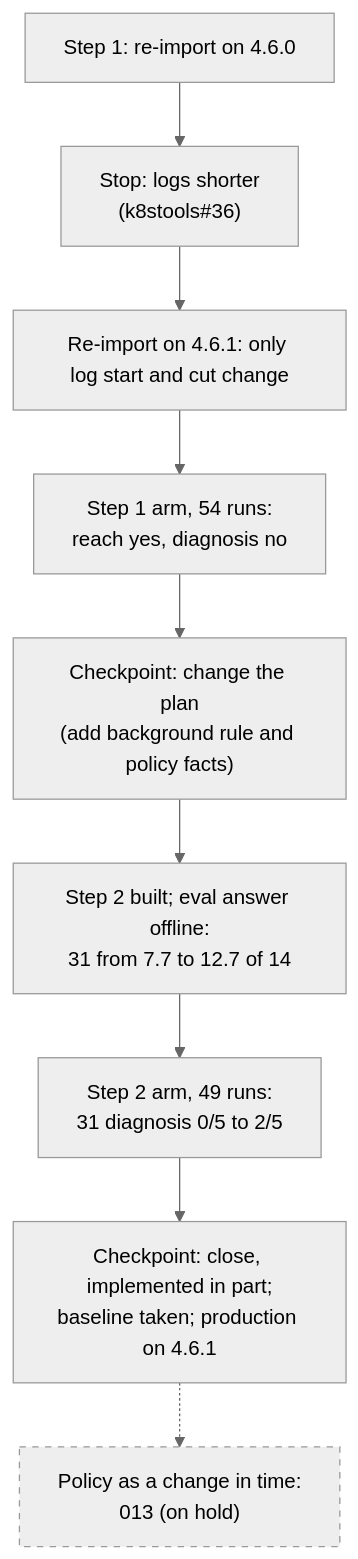
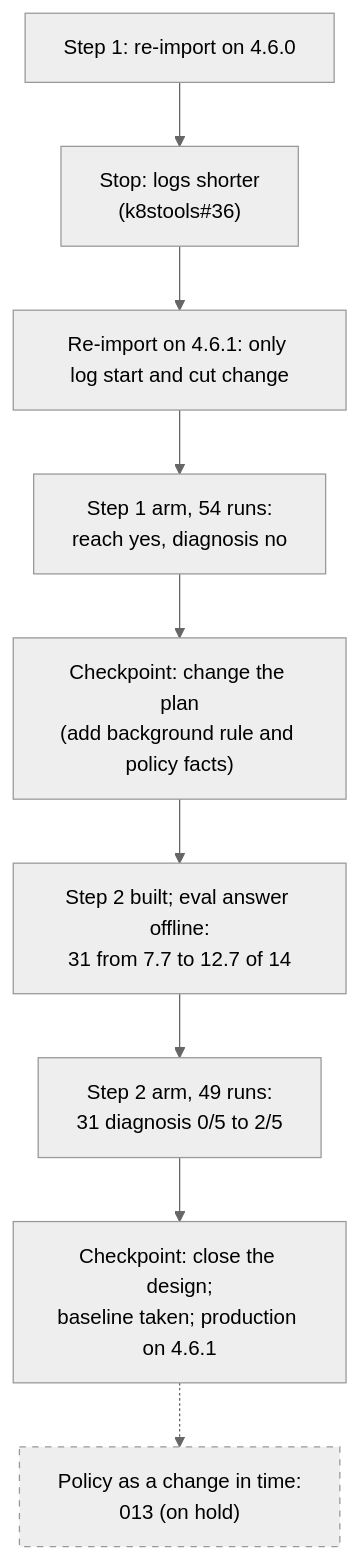
One commit to BenedatLLC/k8srca changed the second of 2 diagrams in designs/012-log-evidence.md. Above: the diagram before and after it, drawn with Mermaid (neutral theme). The commit also changed other lines of this file and 29 other files, not shown here.

````diff
--- a/designs/012-log-evidence.md
+++ b/designs/012-log-evidence.md
@@ -171,12 +180,12 @@
 ```mermaid
 flowchart TD
   A["Step 1: re-import on 4.6.0"] --> B["Stop: logs shorter<br/>(k8stools#36)"]
   B --> C["Re-import on 4.6.1: only log start and cut change"]
   C --> D["Step 1 arm, 54 runs:<br/>reach yes, diagnosis no"]
   D --> E["Checkpoint: change the plan<br/>(add background rule and policy facts)"]
   E --> F["Step 2 built; eval answer offline:<br/>31 from 7.7 to 12.7 of 14"]
   F --> G["Step 2 arm, 49 runs:<br/>31 diagnosis 0/5 to 2/5"]
-  G --> H["Checkpoint: close, implemented in part;<br/>baseline taken; production on 4.6.1"]
+  G --> H["Checkpoint: close the design;<br/>baseline taken; production on 4.6.1"]
   H -.-> I["Policy as a change in time:<br/>013 (on hold)"]:::planned
   classDef planned stroke-dasharray: 5 5
 ```
````
